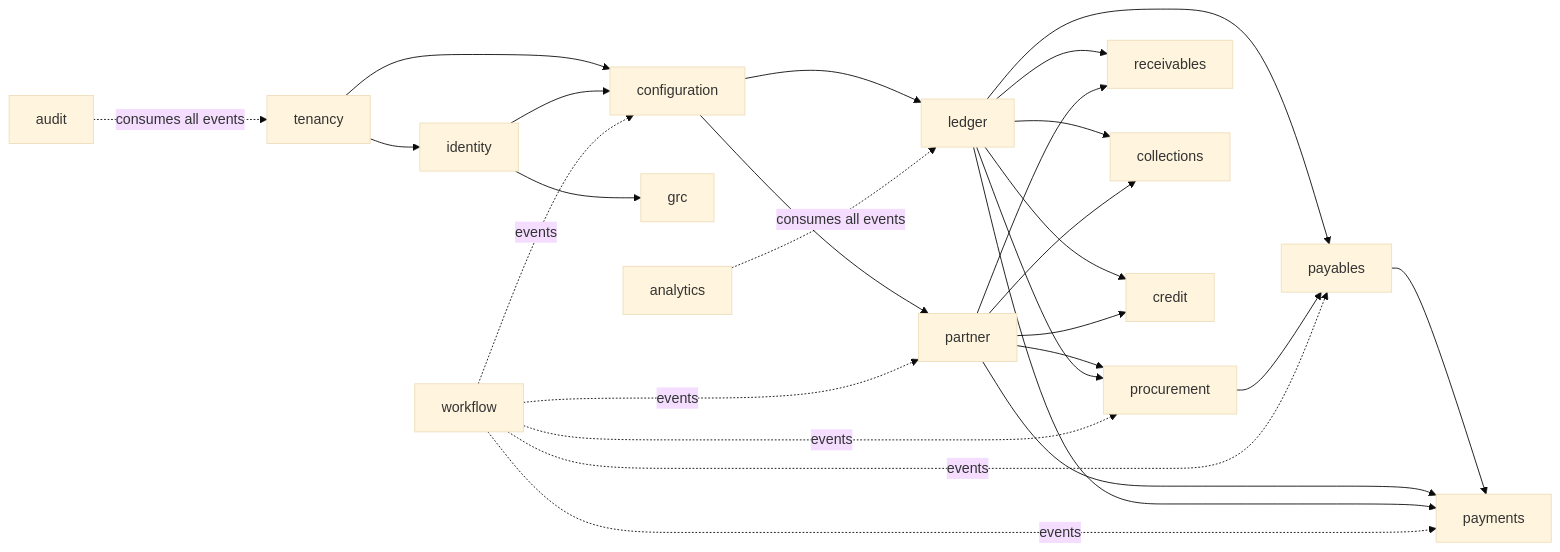
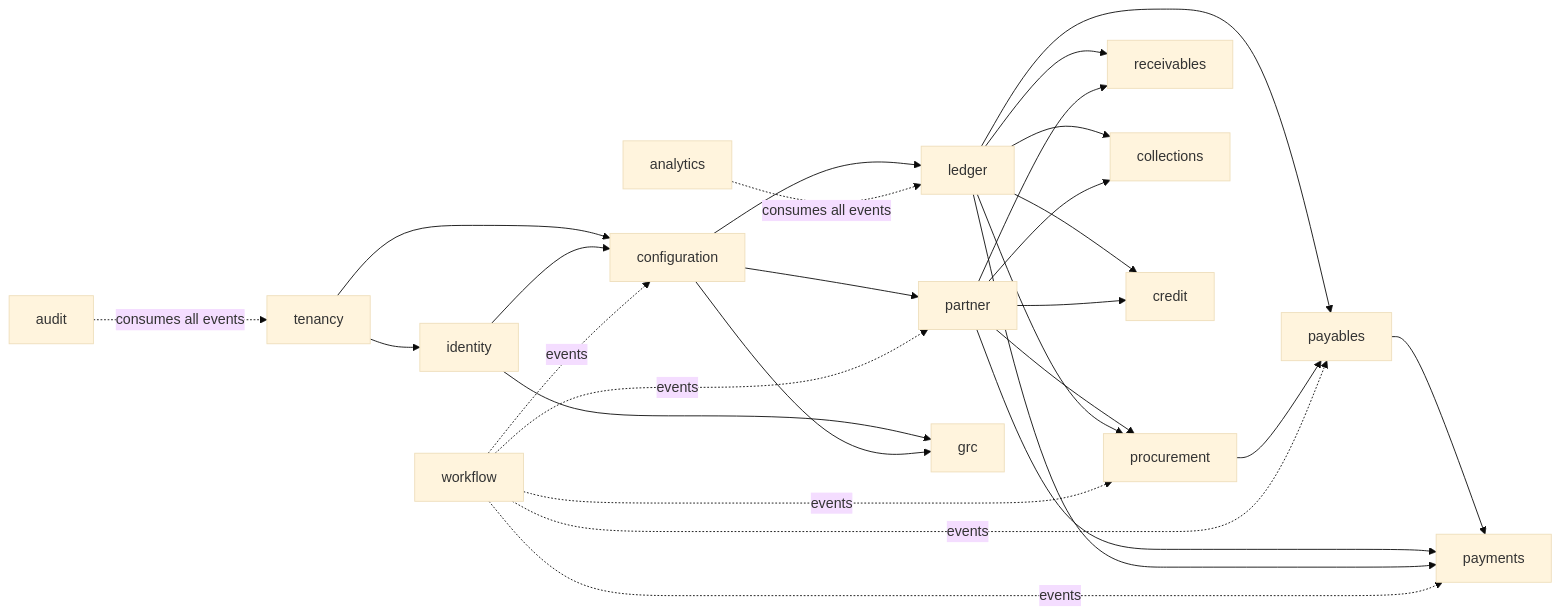
One commit to mustie7iy/agentic-erp changed the first of 2 diagrams in docs/design/02-architecture.md. Above: the diagram before and after it, drawn with Mermaid (base theme). The commit also changed other lines of this file and 45 other files, not shown here.

````diff
--- a/docs/design/02-architecture.md
+++ b/docs/design/02-architecture.md
@@ -69,29 +69,30 @@
 ```mermaid
 flowchart LR
   tenancy --> identity
   tenancy --> configuration
   identity --> configuration
   configuration --> partner
   configuration --> ledger
   partner --> procurement
   ledger --> procurement
   ledger --> payables
   procurement --> payables
   ledger --> receivables
   partner --> receivables
   ledger --> collections
   partner --> collections
   ledger --> credit
   partner --> credit
   identity --> grc
+  configuration --> grc
   payables --> payments
   partner --> payments
   ledger --> payments
   workflow -.events.-> procurement
   workflow -.events.-> payables
   workflow -.events.-> payments
   workflow -.events.-> partner
   workflow -.events.-> configuration
   audit -.consumes all events.-> tenancy
   analytics -.consumes all events.-> ledger
 ```
````
